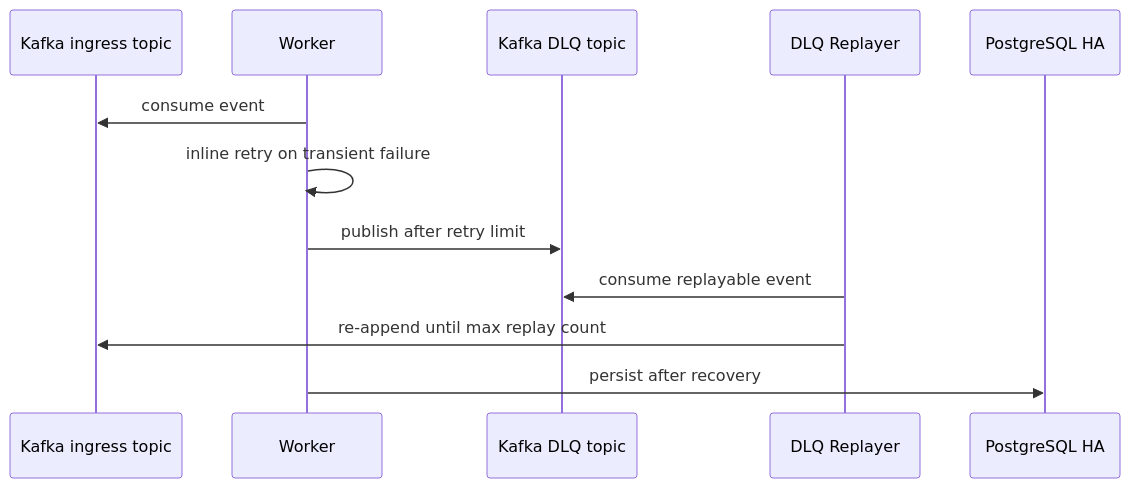
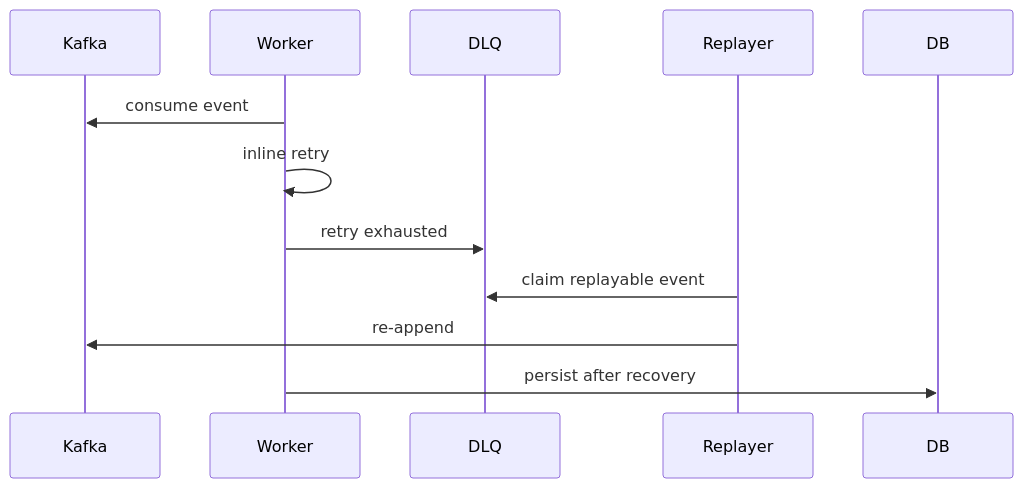
Before and after one commit to Jangwanko/Cloud_portfolio: the second of 2 diagrams in docs/ARCHITECTURE.md, drawn with Mermaid. The commit also changed other lines of this file and 42 other files, not shown here.

````diff
--- a/docs/ARCHITECTURE.md
+++ b/docs/ARCHITECTURE.md
@@ -155,15 +87,15 @@
 ```mermaid
 sequenceDiagram
-    participant Kafka as Kafka ingress topic
+    participant Kafka
     participant Worker
-    participant DLQ as Kafka DLQ topic
-    participant Replayer as DLQ Replayer
-    participant DB as PostgreSQL HA
+    participant DLQ
+    participant Replayer
+    participant DB
 
     Worker->>Kafka: consume event
-    Worker->>Worker: inline retry on transient failure
-    Worker->>DLQ: publish after retry limit
-    Replayer->>DLQ: consume replayable event
-    Replayer->>Kafka: re-append until max replay count
+    Worker->>Worker: inline retry
+    Worker->>DLQ: retry exhausted
+    Replayer->>DLQ: claim replayable event
+    Replayer->>Kafka: re-append
     Worker->>DB: persist after recovery
 ```
````
